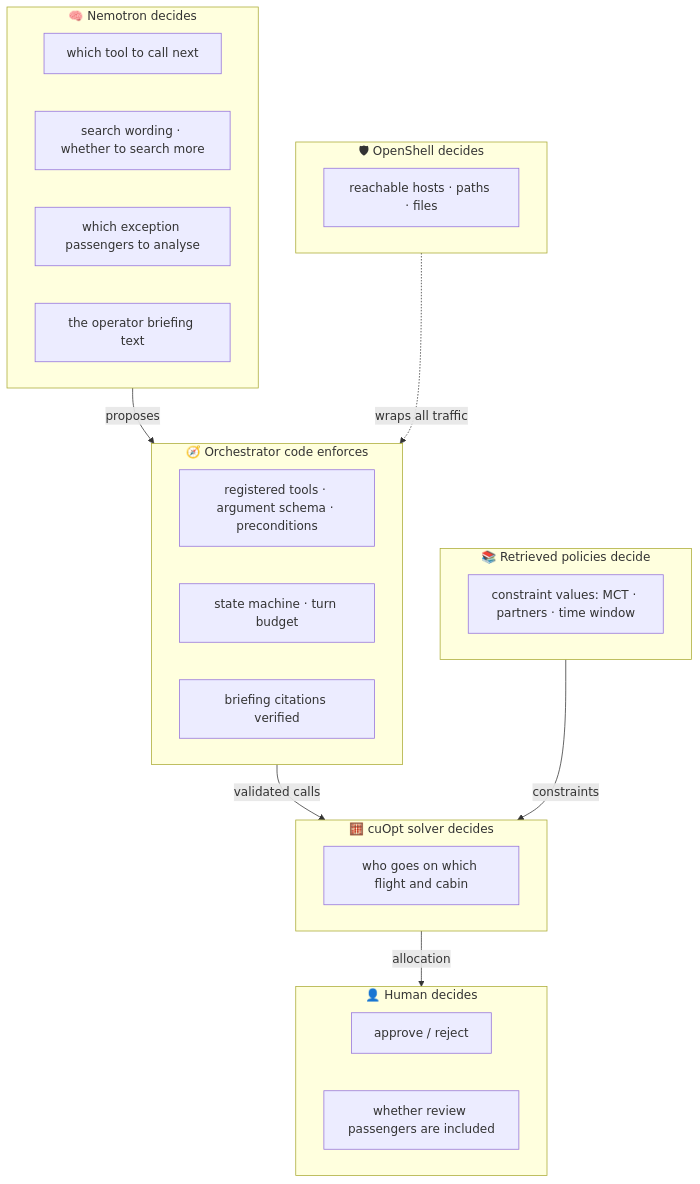
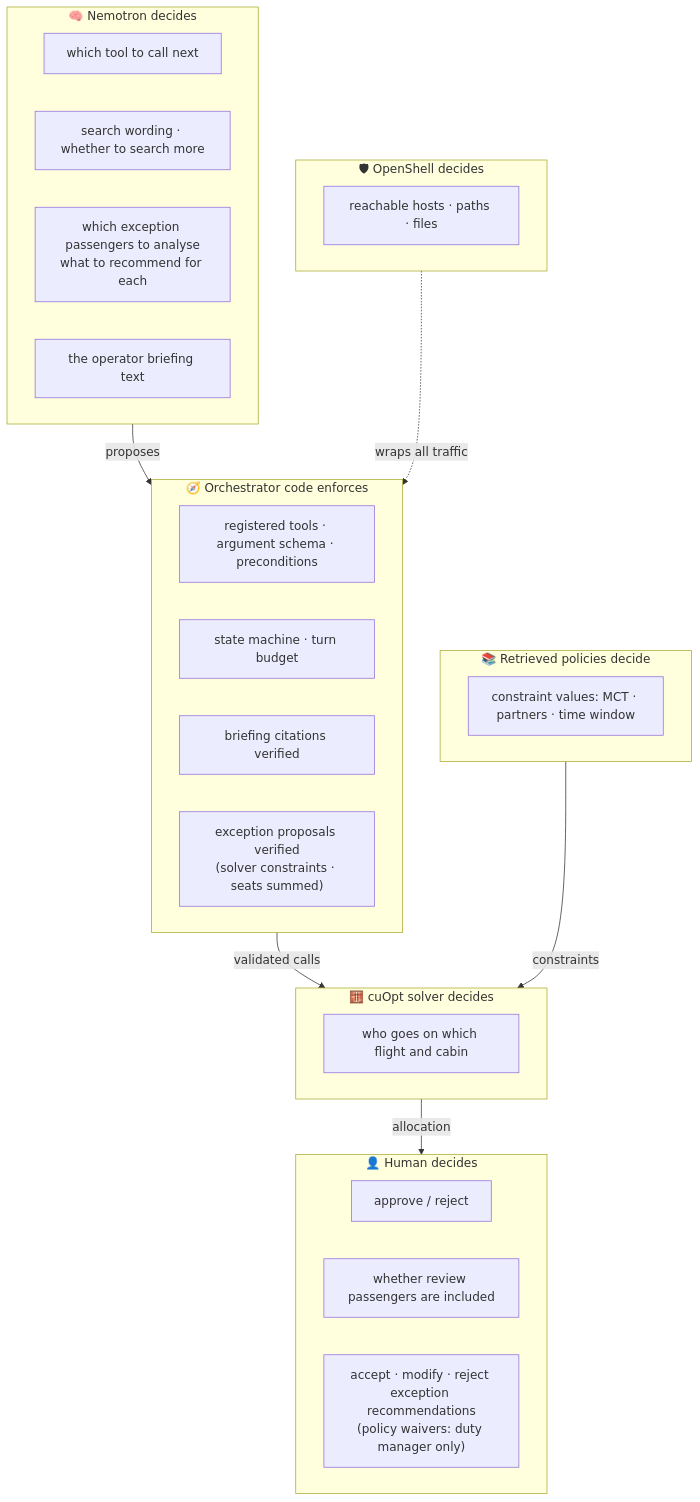
The fourth of 9 diagrams in docs/agent.en.md (hyunolike/reroute-irops-agent), drawn with Mermaid before and after one commit. The commit also changed other lines of this file and 3 other files, not shown here.

````diff
--- a/docs/agent.en.md
+++ b/docs/agent.en.md
@@ -139,33 +145,35 @@
 ```mermaid
 flowchart TB
     subgraph llm["🧠 Nemotron decides"]
         l1["which tool to call next"]
         l2["search wording · whether to search more"]
-        l3["which exception passengers to analyse"]
+        l3["which exception passengers to analyse<br/>what to recommend for each"]
         l4["the operator briefing text"]
     end
     subgraph code["🧭 Orchestrator code enforces"]
         c1["registered tools · argument schema · preconditions"]
         c2["state machine · turn budget"]
         c3["briefing citations verified"]
+        c4["exception proposals verified<br/>(solver constraints · seats summed)"]
     end
     subgraph solver["🧮 cuOpt solver decides"]
         s1["who goes on which flight and cabin"]
     end
     subgraph rag["📚 Retrieved policies decide"]
         r1["constraint values: MCT · partners · time window"]
     end
     subgraph human["👤 Human decides"]
         h1["approve / reject"]
         h2["whether review passengers are included"]
+        h3["accept · modify · reject exception recommendations<br/>(policy waivers: duty manager only)"]
     end
     subgraph shell["🛡 OpenShell decides"]
         o1["reachable hosts · paths · files"]
     end
 
     llm -->|"proposes"| code
     code -->|"validated calls"| solver
     rag -->|"constraints"| solver
     solver -->|"allocation"| human
     shell -.->|"wraps all traffic"| code
 ```
````
